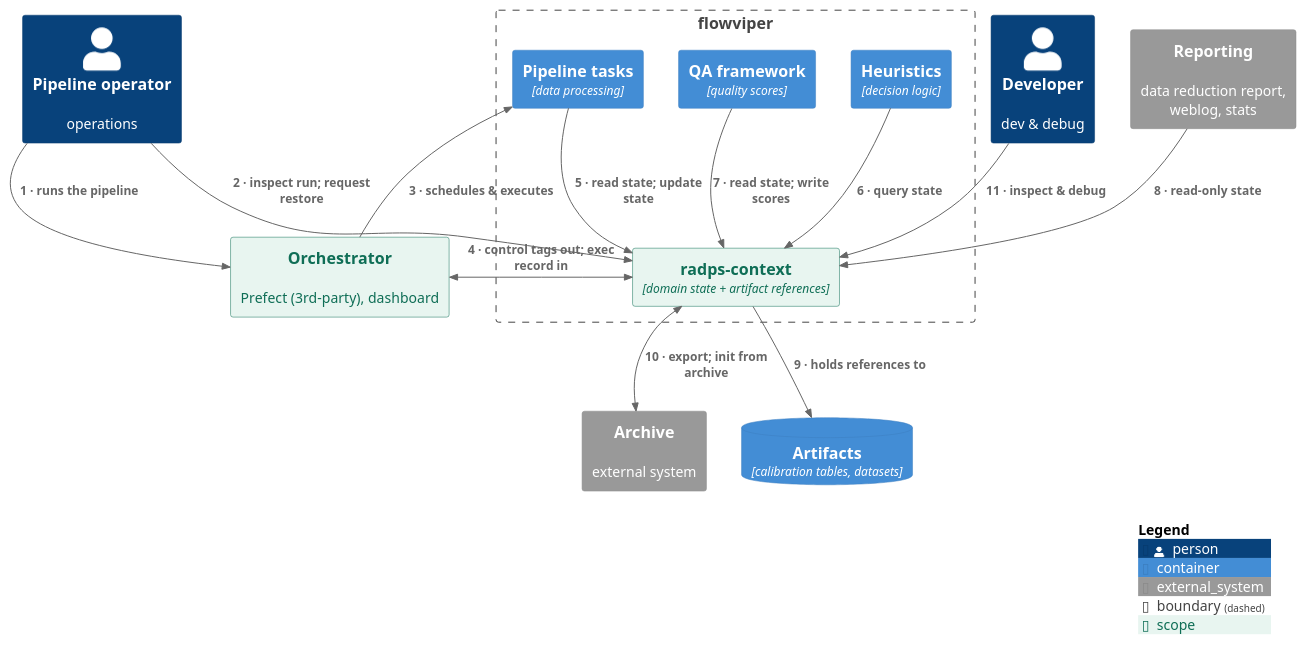
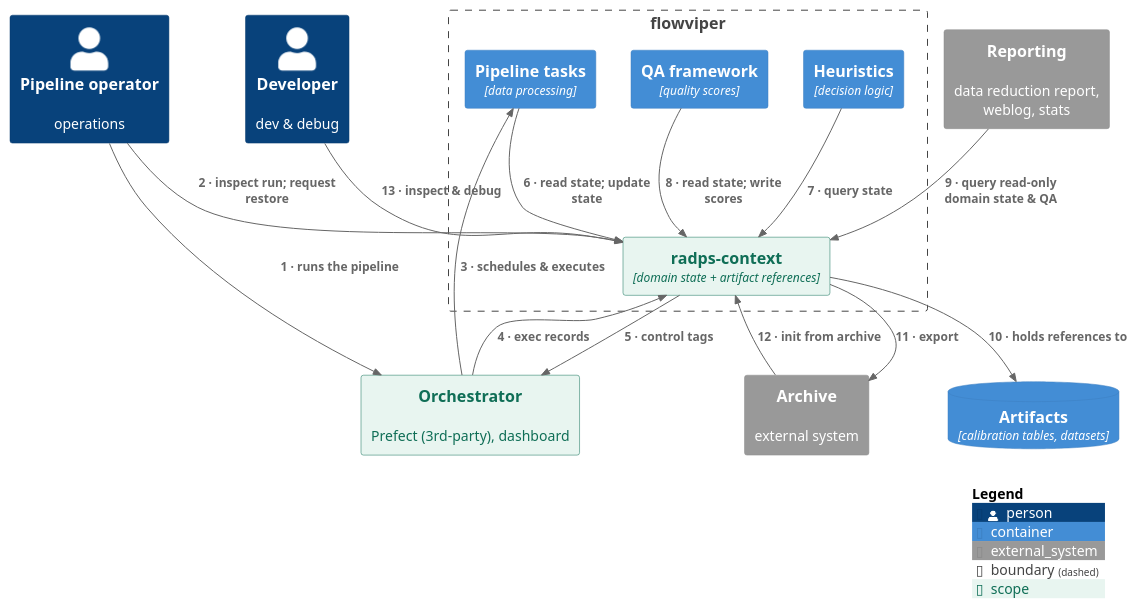
One commit to casangi/radps-context changed the diagram in docs/diagrams/system_context_diagram.puml. Above: the diagram before and after it, drawn with PlantUML. The commit also changed 1 other file, not shown here.

Commit message:
Switch instances of double-sided arrows to two separate one-way arrows; update qa description; update context store description

```diff
--- a/docs/diagrams/system_context_diagram.puml
+++ b/docs/diagrams/system_context_diagram.puml
@@ -1,39 +1,41 @@
 @startuml
 !include https://raw.githubusercontent.com/plantuml-stdlib/C4-PlantUML/master/C4_Container.puml
 
 ' --- tags ---
 AddElementTag("scope", $bgColor="#E8F5F0", $borderColor="#0F6E56", $fontColor="#0F6E56")
 AddElementTag("build", $bgColor="#B8E0D2", $borderColor="#0F6E56")
 
 Person(operator, "Pipeline operator", "operations")
 Person(developer, "Developer", "dev & debug")
 
 System_Ext(orchestrator, "Orchestrator", "Prefect (3rd-party), dashboard", $tags="scope")
 System_Ext(reporting, "Reporting", "data reduction report, weblog, stats")
 System_Ext(archive, "Archive", "external system")
 
 Boundary(pipeline, "flowviper") {
   Container(radps_context, "radps-context", "domain state + artifact references", $tags="scope+build")
   Container(tasks, "Pipeline tasks", "data processing")
   Container(heuristics, "Heuristics", "decision logic")
   Container(qa, "QA framework", "quality scores")
 }
 ContainerDb(artifacts, "Artifacts", "calibration tables, datasets")
 
 
 '--- relationships ---
 Rel(operator, orchestrator, "1 · runs the pipeline")
 Rel(operator, radps_context, "2 · inspect run; request restore")
 Rel(orchestrator, tasks, "3 · schedules & executes")
-BiRel_U(orchestrator, radps_context, "4 · control tags out; exec record in")
-Rel(tasks, radps_context, "5 · read state; update state")
-Rel(heuristics, radps_context, "6 · query state")
-Rel(qa, radps_context, "7 · read state; write scores")
-Rel(reporting, radps_context, "8 · read-only state")
-Rel(radps_context, artifacts, "9 · holds references to")
-BiRel(radps_context, archive, "10 · export; init from archive")
-Rel(developer, radps_context, "11 · inspect & debug")
+Rel_U(orchestrator, radps_context, "4 · exec records")
+Rel(radps_context, orchestrator, "5 · control tags")
+Rel(tasks, radps_context, "6 · read state; update state")
+Rel(heuristics, radps_context, "7 · query state")
+Rel(qa, radps_context, "8 · read state; write scores")
+Rel(reporting, radps_context, "9 · query read-only domain state & QA")
+Rel(radps_context, artifacts, "10 · holds references to")
+Rel(radps_context, archive, "11 · export")
+Rel(archive, radps_context, "12 · init from archive")
+Rel(developer, radps_context, "13 · inspect & debug")
 
 SHOW_LEGEND()
 
 @enduml
```
